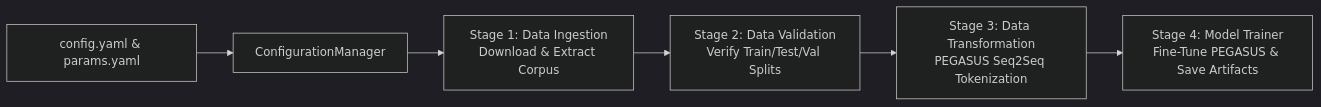
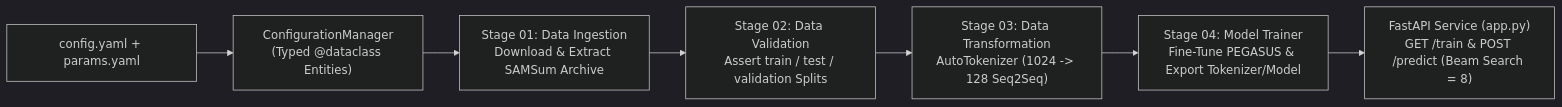
One commit to kenseiAmit/Text-Summarizer-Project changed the diagram in README.md. Above: the diagram before and after it, drawn with Mermaid (dark theme). The commit also changed other lines of this file, not shown here.

Commit message:
docs(readme): add PEGASUS hyperparameters, FastAPI endpoints, and SAMSum output example

````diff
--- a/README.md
+++ b/README.md
@@ -15,12 +18,9 @@
 ```mermaid
 flowchart LR
-    Cfg[config.yaml & params.yaml] --> CM[ConfigurationManager]
-    CM --> S1[Stage 1: Data Ingestion
-Download & Extract Corpus]
-    S1 --> S2[Stage 2: Data Validation
-Verify Train/Test/Val Splits]
-    S2 --> S3[Stage 3: Data Transformation
-PEGASUS Seq2Seq Tokenization]
-    S3 --> S4[Stage 4: Model Trainer
-Fine-Tune PEGASUS & Save Artifacts]
+    Cfg["config.yaml + params.yaml"] --> CM["ConfigurationManager<br/>(Typed @dataclass Entities)"]
+    CM --> S1["Stage 01: Data Ingestion<br/>Download & Extract SAMSum Archive"]
+    S1 --> S2["Stage 02: Data Validation<br/>Assert train / test / validation Splits"]
+    S2 --> S3["Stage 03: Data Transformation<br/>AutoTokenizer (1024 -> 128 Seq2Seq)"]
+    S3 --> S4["Stage 04: Model Trainer<br/>Fine-Tune PEGASUS & Export Tokenizer/Model"]
+    S4 --> API["FastAPI Service (app.py)<br/>GET /train & POST /predict (Beam Search = 8)"]
 ```
````
